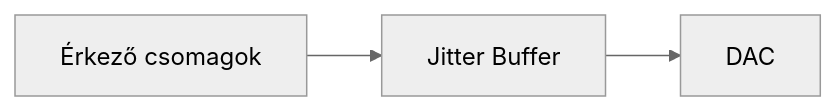
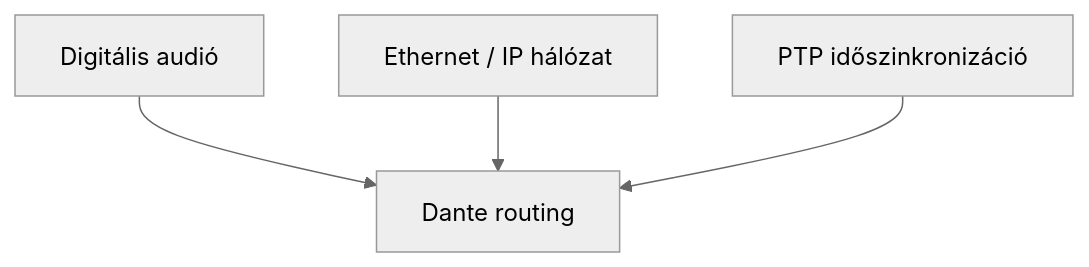
The fourth of 7 diagrams in chapters/01-mi-a-dante.md (bogdanpeter/dante), drawn with Mermaid (neutral theme) before and after one commit. The commit also changed other lines of this file, not shown here.

````diff
--- a/chapters/01-mi-a-dante.md
+++ b/chapters/01-mi-a-dante.md
@@ -841,11 +895,11 @@
-```mermaid
-flowchart LR
+``` mermaid
+flowchart TB
+    AUDIO["Digitális audió"]
+    NETWORK["Ethernet / IP hálózat"]
+    CLOCK["PTP időszinkronizáció"]
+    ROUTING["Dante routing"]
 
-Packets["Érkező csomagok"]
-
-Buffer["Jitter Buffer"]
-
-DAC["DAC"]
-
-Packets --> Buffer --> DAC
+    AUDIO --> ROUTING
+    NETWORK --> ROUTING
+    CLOCK --> ROUTING
 ```
````
